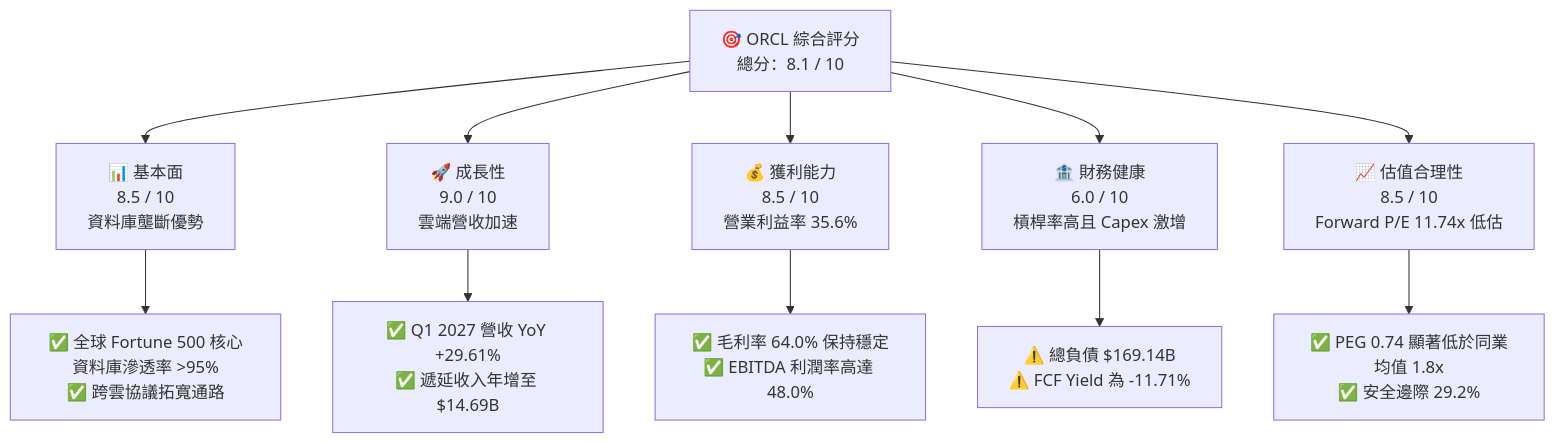
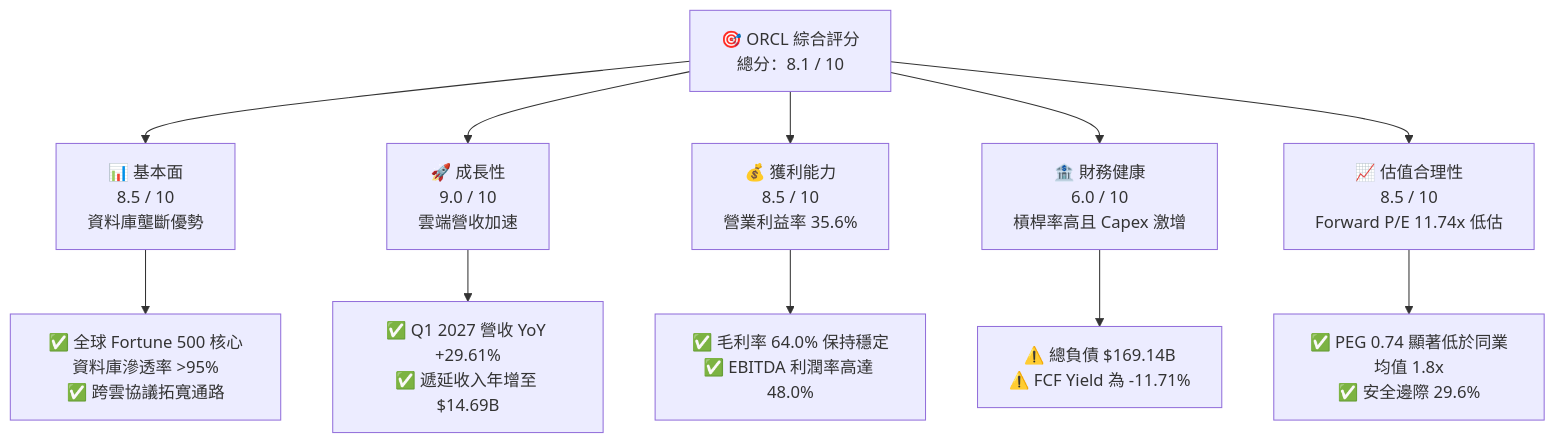
Before and after one commit to yennanliu/finance_data: the first of 15 diagrams in ai_gen_report/fundamental/orcl/fundamental_analysis_2026-10-21_gemini.md, drawn with Mermaid. The commit also changed other lines of this file and 339 other files, not shown here.

````diff
--- a/ai_gen_report/fundamental/orcl/fundamental_analysis_2026-10-21_gemini.md
+++ b/ai_gen_report/fundamental/orcl/fundamental_analysis_2026-10-21_gemini.md
@@ -61,22 +68,22 @@
 ```mermaid
 graph TD
     ORCL["🎯 ORCL 綜合評分<br/>總分：8.1 / 10"]
 
     F["📊 基本面<br/>8.5 / 10<br/>資料庫壟斷優勢"]
     G["🚀 成長性<br/>9.0 / 10<br/>雲端營收加速"]
     P["💰 獲利能力<br/>8.5 / 10<br/>營業利益率 35.6%"]
     B["🏦 財務健康<br/>6.0 / 10<br/>槓桿率高且 Capex 激增"]
     V["📈 估值合理性<br/>8.5 / 10<br/>Forward P/E 11.74x 低估"]
 
     ORCL --> F
     ORCL --> G
     ORCL --> P
     ORCL --> B
     ORCL --> V
 
     F --> F1["✅ 全球 Fortune 500 核心資料庫滲透率 >95%<br/>✅ 跨雲協議拓寬通路"]
     G --> G1["✅ Q1 2027 營收 YoY +29.61%<br/>✅ 遞延收入年增至 $14.69B"]
     P --> P1["✅ 毛利率 64.0% 保持穩定<br/>✅ EBITDA 利潤率高達 48.0%"]
     B --> B1["⚠️ 總負債 $169.14B<br/>⚠️ FCF Yield 為 -11.71%"]
-    V --> V1["✅ PEG 0.74 顯著低於同業均值 1.8x<br/>✅ 安全邊際 29.2%"]
+    V --> V1["✅ PEG 0.74 顯著低於同業均值 1.8x<br/>✅ 安全邊際 29.6%"]
 ```
````
